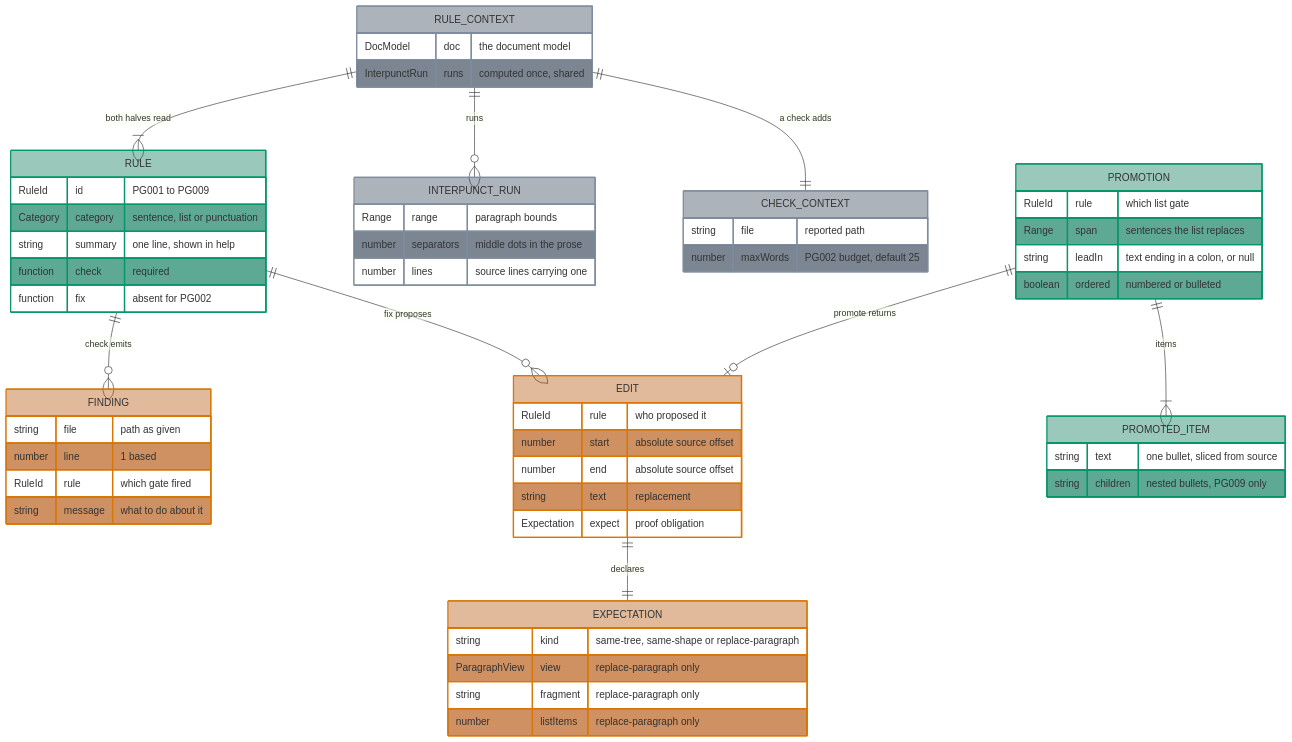
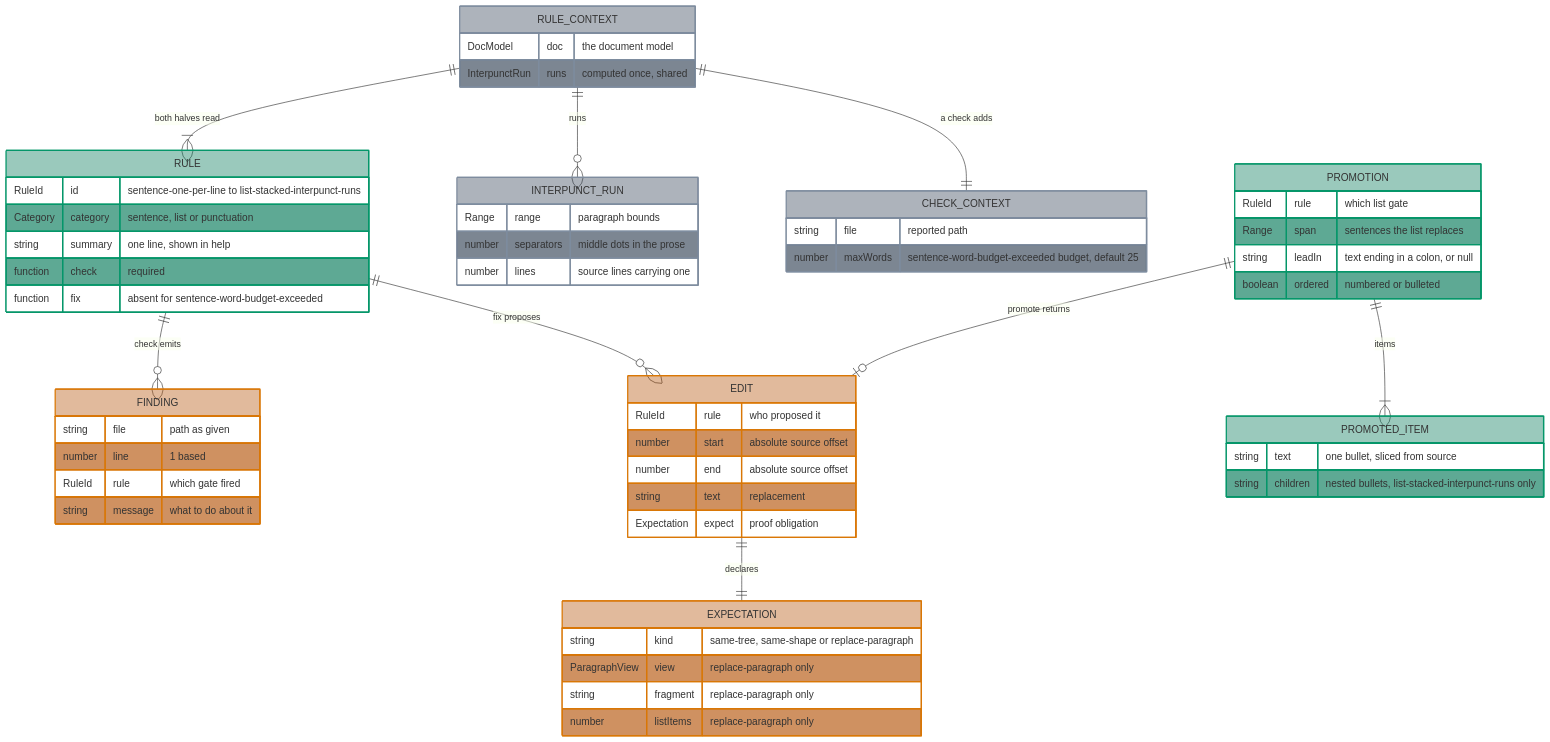
One commit to jpeakai/jpai-prose-gates changed the second of 8 diagrams in docs/DATA_MODEL.md. Above: the diagram before and after it, drawn with Mermaid. The commit also changed other lines of this file and 67 other files, not shown here.

````diff
--- a/docs/DATA_MODEL.md
+++ b/docs/DATA_MODEL.md
@@ -121,72 +121,72 @@
 ```mermaid
 erDiagram
     RULE ||--o{ FINDING : "check emits"
     RULE ||--o{ EDIT : "fix proposes"
     RULE_CONTEXT ||--|{ RULE : "both halves read"
     RULE_CONTEXT ||--o{ INTERPUNCT_RUN : "runs"
     RULE_CONTEXT ||--|| CHECK_CONTEXT : "a check adds"
     EDIT ||--|| EXPECTATION : "declares"
     PROMOTION ||--|{ PROMOTED_ITEM : "items"
     PROMOTION ||--o| EDIT : "promote returns"
 
     RULE {
-        RuleId id "PG001 to PG009"
+        RuleId id "sentence-one-per-line to list-stacked-interpunct-runs"
         Category category "sentence, list or punctuation"
         string summary "one line, shown in help"
         function check "required"
-        function fix "absent for PG002"
+        function fix "absent for sentence-word-budget-exceeded"
     }
     RULE_CONTEXT {
         DocModel doc "the document model"
         InterpunctRun runs "computed once, shared"
     }
     CHECK_CONTEXT {
         string file "reported path"
-        number maxWords "PG002 budget, default 25"
+        number maxWords "sentence-word-budget-exceeded budget, default 25"
     }
     INTERPUNCT_RUN {
         Range range "paragraph bounds"
         number separators "middle dots in the prose"
         number lines "source lines carrying one"
     }
     FINDING {
         string file "path as given"
         number line "1 based"
         RuleId rule "which gate fired"
         string message "what to do about it"
     }
     EDIT {
         RuleId rule "who proposed it"
         number start "absolute source offset"
         number end "absolute source offset"
         string text "replacement"
         Expectation expect "proof obligation"
     }
     EXPECTATION {
         string kind "same-tree, same-shape or replace-paragraph"
         ParagraphView view "replace-paragraph only"
         string fragment "replace-paragraph only"
         number listItems "replace-paragraph only"
     }
     PROMOTION {
         RuleId rule "which list gate"
         Range span "sentences the list replaces"
         string leadIn "text ending in a colon, or null"
         boolean ordered "numbered or bulleted"
     }
     PROMOTED_ITEM {
         string text "one bullet, sliced from source"
-        string children "nested bullets, PG009 only"
+        string children "nested bullets, list-stacked-interpunct-runs only"
     }
 
     %% Attribute rows alternate, and only the even ones take a classDef fill.
     %% The odd ones keep the theme background, so the label colour is left to
     %% the theme and the fill is translucent enough to read under either one.
     classDef contract fill:#04785766,stroke:#059669,stroke-width:2px
     classDef output   fill:#b4530966,stroke:#d97706,stroke-width:2px
     classDef shared   fill:#33415566,stroke:#7e8c9e,stroke-width:2px
 
     class RULE,PROMOTION,PROMOTED_ITEM contract
     class FINDING,EDIT,EXPECTATION output
     class RULE_CONTEXT,CHECK_CONTEXT,INTERPUNCT_RUN shared
 ```
````
